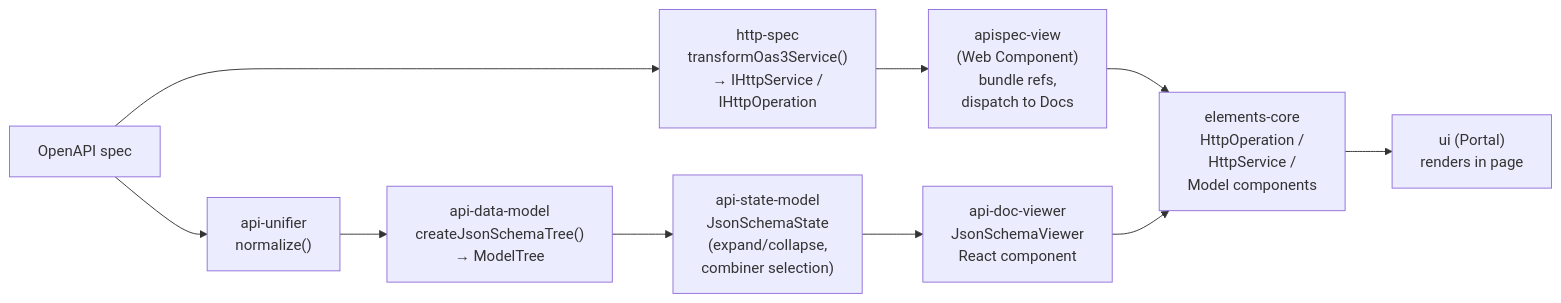
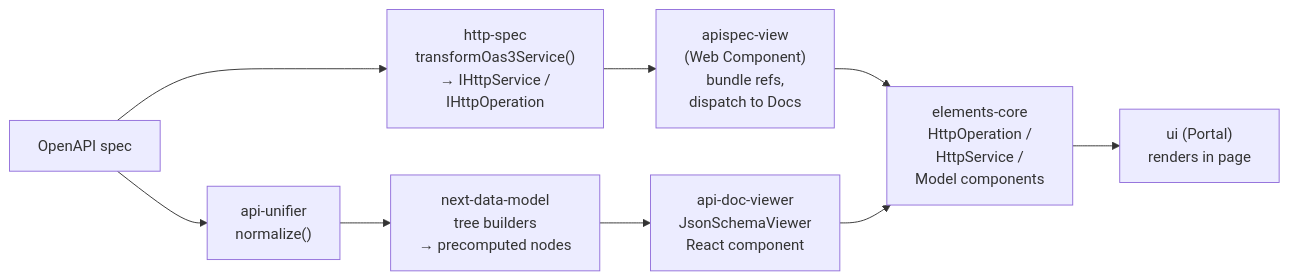
The fifth of 6 diagrams in docs/architecture/processing-libraries.md (Netcracker/qubership-apihub), drawn with Mermaid before and after one commit. The commit also changed other lines of this file, not shown here.

First line of the commit message:
docs(architecture): map processing libraries to monorepo modules

````diff
--- a/docs/architecture/processing-libraries.md
+++ b/docs/architecture/processing-libraries.md
@@ -645,14 +699,13 @@
 ```mermaid
 flowchart LR
   A["OpenAPI spec"] --> B["http-spec<br/>transformOas3Service()<br/>→ IHttpService /<br/>IHttpOperation"]
   B --> C["apispec-view<br/>(Web Component)<br/>bundle refs,<br/>dispatch to Docs"]
   C --> D["elements-core<br/>HttpOperation /<br/>HttpService /<br/>Model components"]
 
   A --> E["api-unifier<br/>normalize()"]
-  E --> F["api-data-model<br/>createJsonSchemaTree()<br/>→ ModelTree"]
-  F --> G["api-state-model<br/>JsonSchemaState<br/>(expand/collapse,<br/>combiner selection)"]
-  G --> H["api-doc-viewer<br/>JsonSchemaViewer<br/>React component"]
+  E --> F["next-data-model<br/>tree builders<br/>→ precomputed nodes"]
+  F --> H["api-doc-viewer<br/>JsonSchemaViewer<br/>React component"]
   H --> D
 
   D --> I["ui (Portal)<br/>renders in page"]
 ```
````
